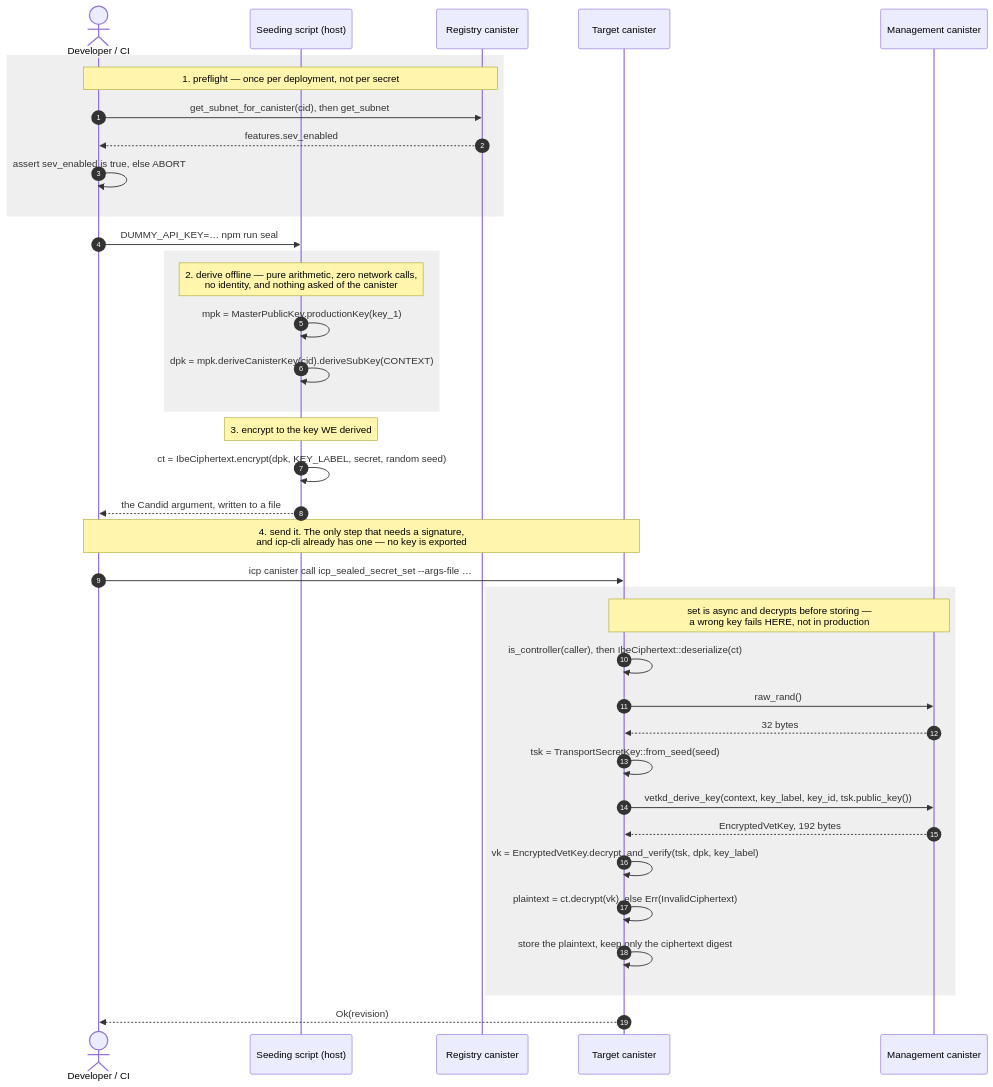
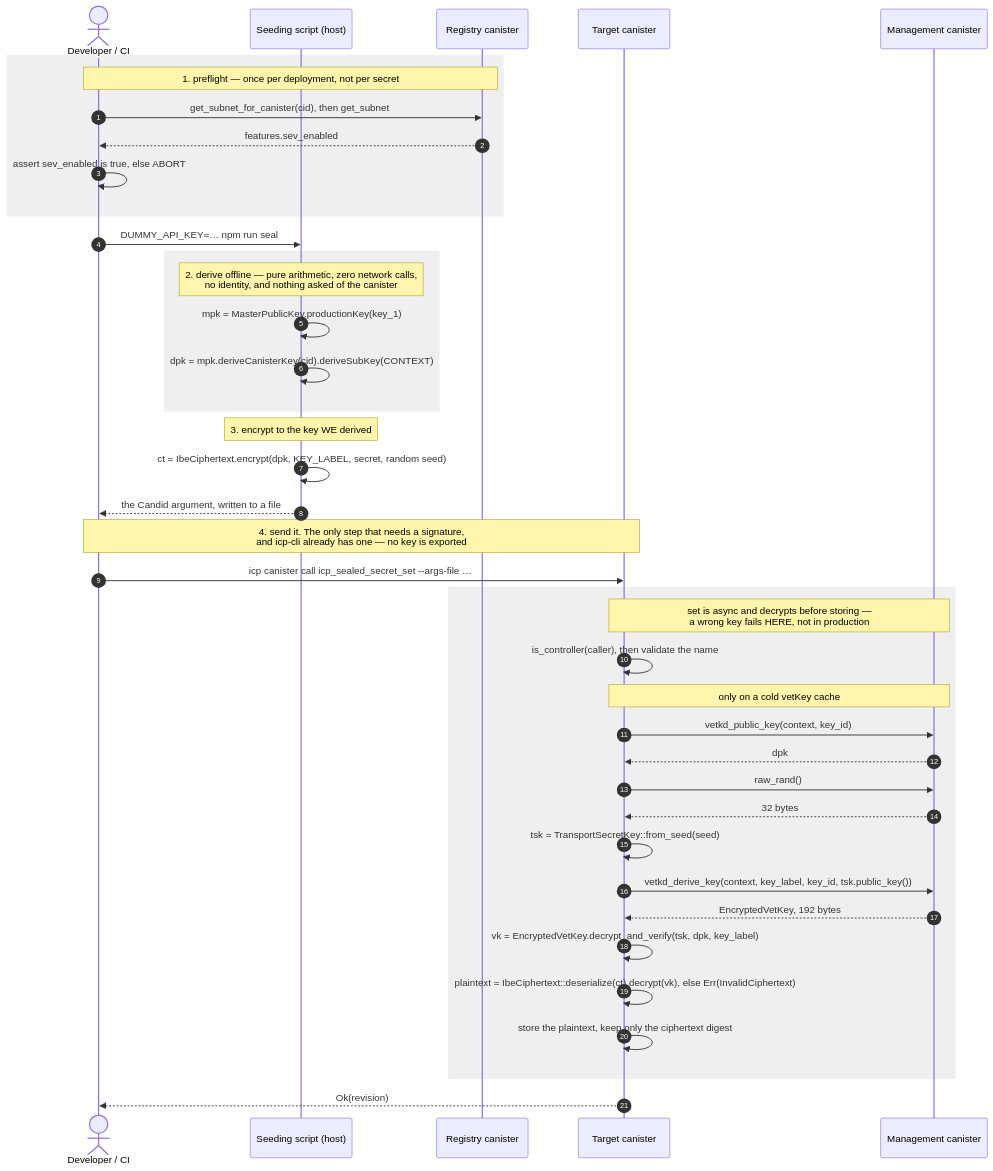
The first of 2 diagrams in README.md (marc0olo/icp-seeding-secrets-poc), drawn with Mermaid before and after one commit. The commit also changed other lines of this file and 32 other files, not shown here.

````diff
--- a/README.md
+++ b/README.md
@@ -208,46 +208,49 @@
 ```mermaid
 sequenceDiagram
     autonumber
     actor Dev as Developer / CI
     participant Script as Seeding script (host)
     participant Reg as Registry canister
     participant Can as Target canister
     participant Mgmt as Management canister
 
     rect rgba(120,120,120,.12)
     Note over Dev,Reg: 1. preflight — once per deployment, not per secret
     Dev->>Reg: get_subnet_for_canister(cid), then get_subnet
     Reg-->>Dev: features.sev_enabled
     Dev->>Dev: assert sev_enabled is true, else ABORT
     end
 
     Dev->>Script: DUMMY_API_KEY=… npm run seal
 
     rect rgba(120,120,120,.12)
     Note over Script: 2. derive offline — pure arithmetic, zero network calls,<br/>no identity, and nothing asked of the canister
     Script->>Script: mpk = MasterPublicKey.productionKey(key_1)
     Script->>Script: dpk = mpk.deriveCanisterKey(cid).deriveSubKey(CONTEXT)
     end
 
     Note over Script: 3. encrypt to the key WE derived
     Script->>Script: ct = IbeCiphertext.encrypt(dpk, KEY_LABEL, secret, random seed)
     Script-->>Dev: the Candid argument, written to a file
 
     Note over Dev,Can: 4. send it. The only step that needs a signature,<br/>and icp-cli already has one — no key is exported
     Dev->>Can: icp canister call icp_sealed_secret_set --args-file …
 
     rect rgba(120,120,120,.12)
     Note over Can,Mgmt: set is async and decrypts before storing —<br/>a wrong key fails HERE, not in production
-    Can->>Can: is_controller(caller), then IbeCiphertext::deserialize(ct)
+    Can->>Can: is_controller(caller), then validate the name
+    Note over Can,Mgmt: only on a cold vetKey cache
+    Can->>Mgmt: vetkd_public_key(context, key_id)
+    Mgmt-->>Can: dpk
     Can->>Mgmt: raw_rand()
     Mgmt-->>Can: 32 bytes
     Can->>Can: tsk = TransportSecretKey::from_seed(seed)
     Can->>Mgmt: vetkd_derive_key(context, key_label, key_id, tsk.public_key())
     Mgmt-->>Can: EncryptedVetKey, 192 bytes
     Can->>Can: vk = EncryptedVetKey.decrypt_and_verify(tsk, dpk, key_label)
-    Can->>Can: plaintext = ct.decrypt(vk), else Err(InvalidCiphertext)
+    Can->>Can: plaintext = IbeCiphertext::deserialize(ct).decrypt(vk), else Err(InvalidCiphertext)
     Can->>Can: store the plaintext, keep only the ciphertext digest
     end
 
     Can-->>Dev: Ok(revision)
 ```
````
